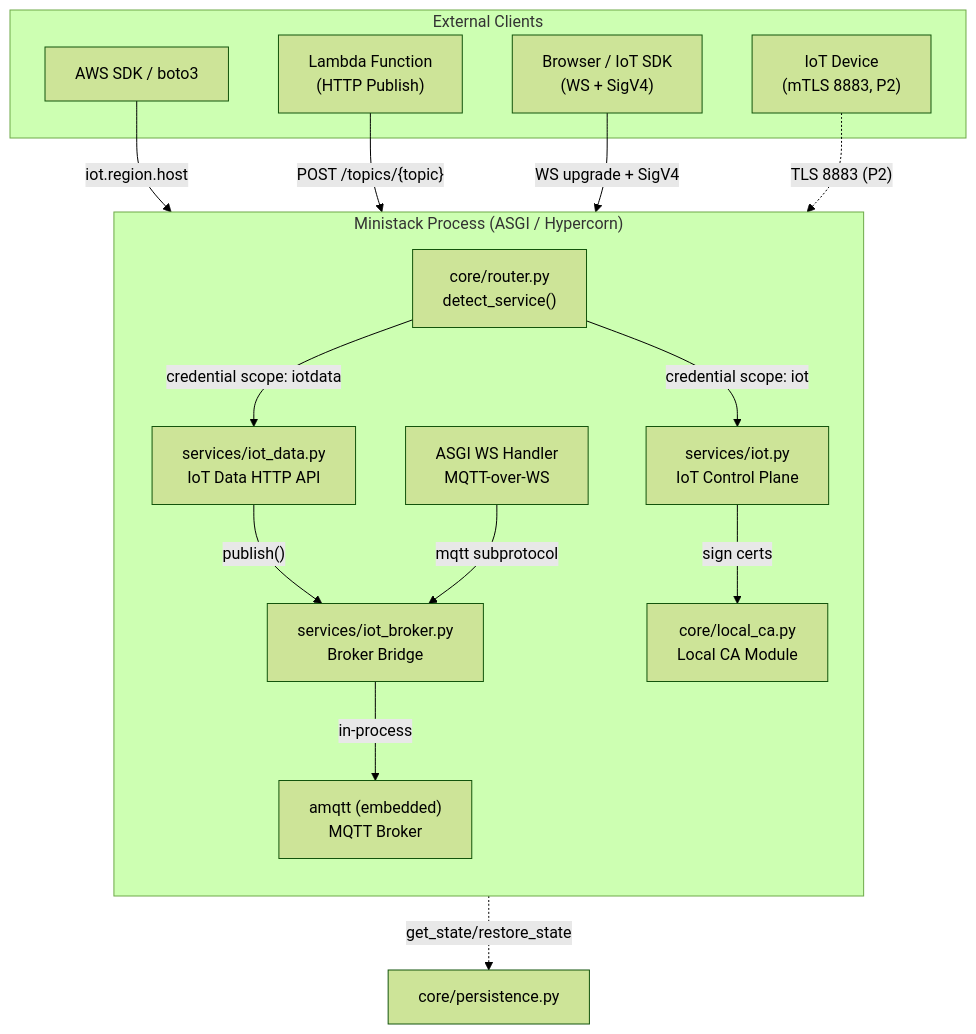
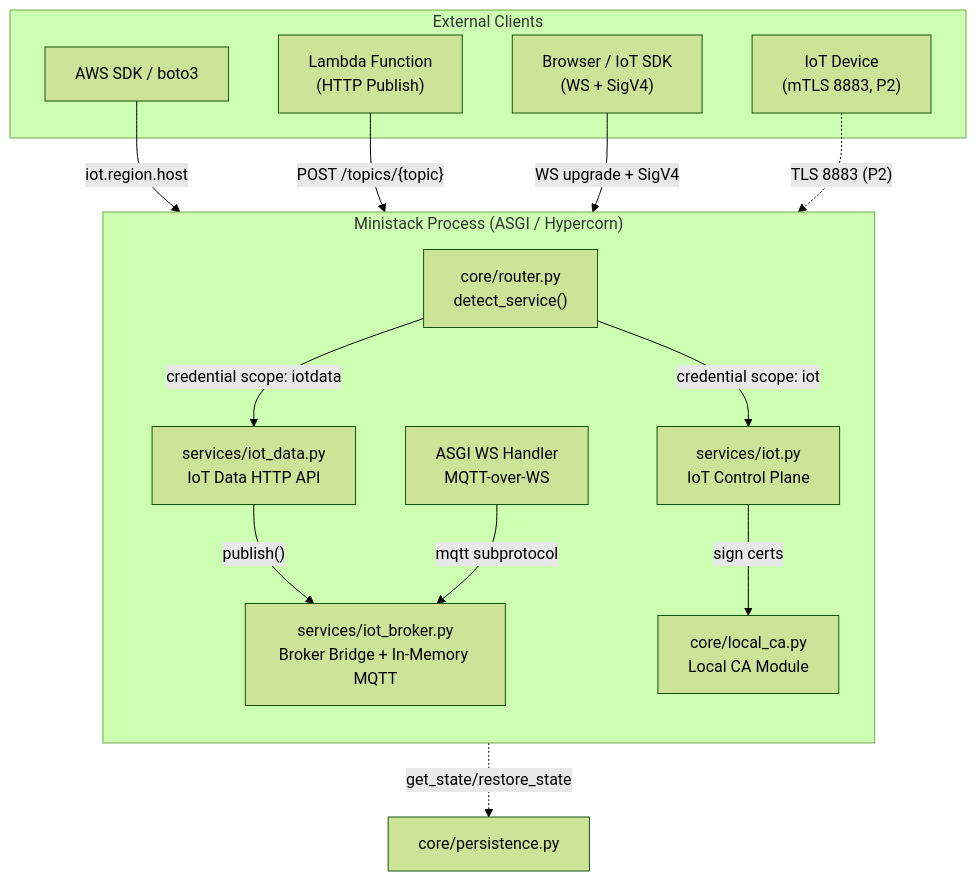
One commit to ministackorg/ministack changed the first of 5 diagrams in .kiro/specs/iot-core/design.md. Above: the diagram before and after it, drawn with Mermaid (forest theme). The commit also changed other lines of this file and 9 other files, not shown here.

First line of the commit message:
fix(iot): implement AWS MQTT differences for IoT Core

````diff
--- a/.kiro/specs/iot-core/design.md
+++ b/.kiro/specs/iot-core/design.md
@@ -15,32 +15,30 @@
 ```mermaid
 graph TB
     subgraph "Ministack Process (ASGI / Hypercorn)"
         direction TB
         Router["core/router.py<br/>detect_service()"]
         IoTCP["services/iot.py<br/>IoT Control Plane"]
         IoTData["services/iot_data.py<br/>IoT Data HTTP API"]
         LocalCA["core/local_ca.py<br/>Local CA Module"]
-        Bridge["services/iot_broker.py<br/>Broker Bridge"]
-        Broker["amqtt (embedded)<br/>MQTT Broker"]
+        Bridge["services/iot_broker.py<br/>Broker Bridge + In-Memory MQTT"]
         WSHandler["ASGI WS Handler<br/>MQTT-over-WS"]
     end
 
     subgraph "External Clients"
         SDK["AWS SDK / boto3"]
         Browser["Browser / IoT SDK<br/>(WS + SigV4)"]
         Lambda["Lambda Function<br/>(HTTP Publish)"]
         Device["IoT Device<br/>(mTLS 8883, P2)"]
     end
 
     SDK -->|"iot.region.host"| Router
     Router -->|"credential scope: iot"| IoTCP
     Router -->|"credential scope: iotdata"| IoTData
     Lambda -->|"POST /topics/{topic}"| IoTData
     IoTData -->|"publish()"| Bridge
-    Bridge -->|"in-process"| Broker
     Browser -->|"WS upgrade + SigV4"| WSHandler
     WSHandler -->|"mqtt subprotocol"| Bridge
     Device -.->|"TLS 8883 (P2)"| Bridge
     IoTCP -->|"sign certs"| LocalCA
     IoTCP -.->|"get_state/restore_state"| Persistence["core/persistence.py"]
 ```
````
